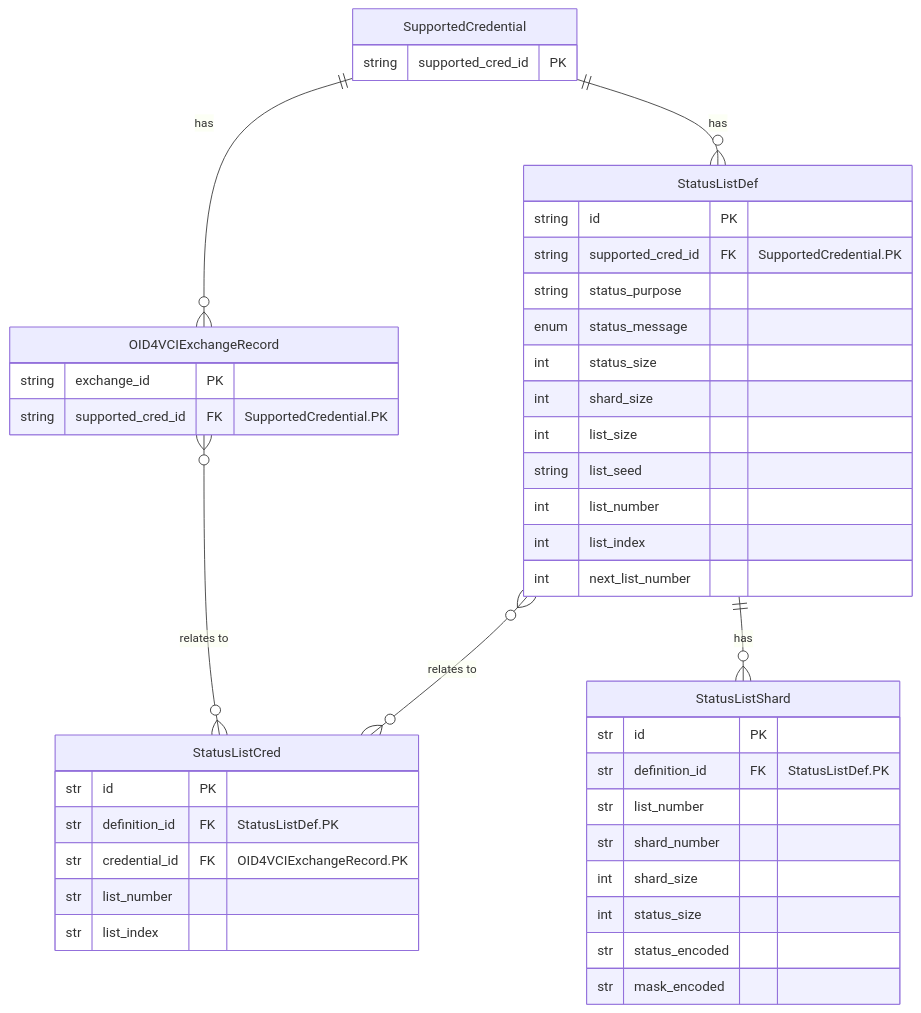
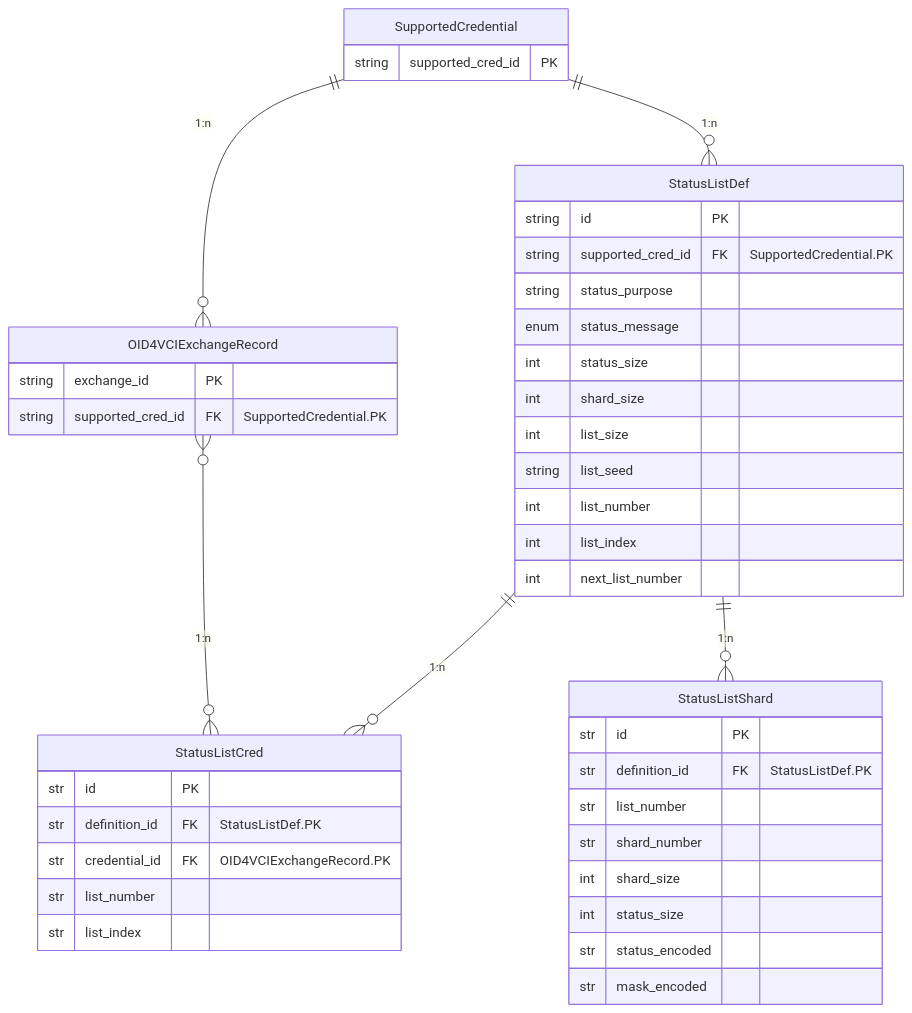
One commit to openwallet-foundation/acapy-plugins changed the second of 4 diagrams in status_list/README.md. Above: the diagram before and after it, drawn with Mermaid. The commit also changed other lines of this file, not shown here.

````diff
--- a/status_list/README.md
+++ b/status_list/README.md
@@ -34,45 +39,45 @@
 ```mermaid
 erDiagram
-    SupportedCredential ||--o{ OID4VCIExchangeRecord : has
-    SupportedCredential ||--o{ StatusListDef : has
+    SupportedCredential ||--o{ OID4VCIExchangeRecord : "1:n"
+    SupportedCredential ||--o{ StatusListDef : "1:n"
     SupportedCredential {
         string supported_cred_id PK
     }
-    OID4VCIExchangeRecord }o--o{ StatusListCred : "relates to"
+    OID4VCIExchangeRecord }o--o{ StatusListCred : "1:n"
     OID4VCIExchangeRecord {
         string exchange_id PK
         string supported_cred_id FK "SupportedCredential.PK"
     }
-    StatusListDef ||--o{ StatusListShard : has
-    StatusListDef }o--o{ StatusListCred : "relates to"
+    StatusListDef ||--o{ StatusListShard : "1:n"
+    StatusListDef ||--o{ StatusListCred : "1:n"
     StatusListDef {
         string id PK
         string supported_cred_id FK "SupportedCredential.PK"
         string status_purpose
         enum status_message
         int status_size
         int shard_size
         int list_size
         string list_seed
         int list_number
         int list_index
         int next_list_number
     }
     StatusListShard {
         str id PK
         str definition_id FK "StatusListDef.PK"
         str list_number
         str shard_number
         int shard_size
         int status_size
         str status_encoded
         str mask_encoded
     }
     StatusListCred {
         str id PK
         str definition_id FK "StatusListDef.PK"
         str credential_id FK "OID4VCIExchangeRecord.PK"
         str list_number
         str list_index
     }
 ```
````
